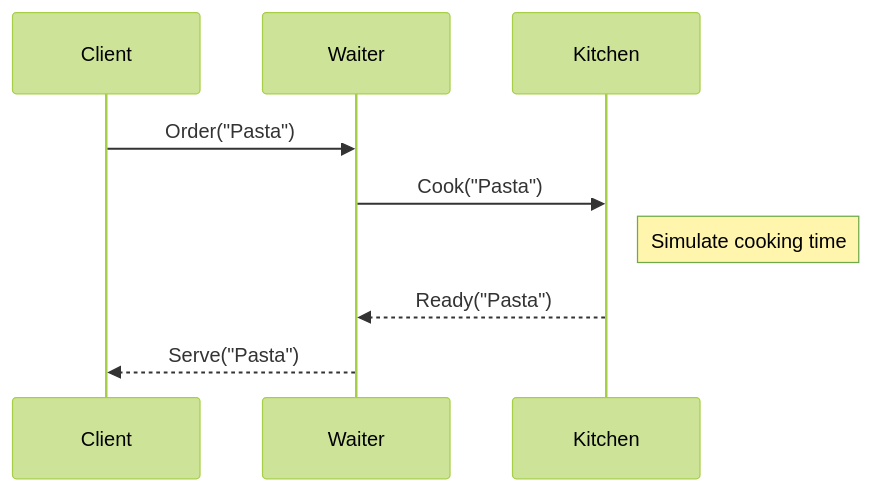
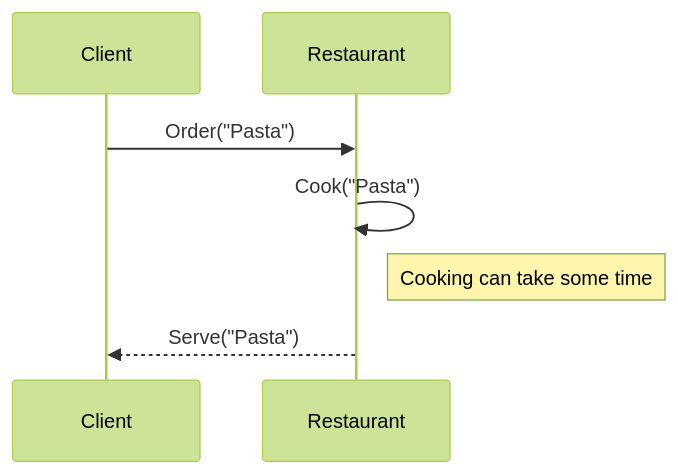
The diagram in slides/concurrency.md (polyvariant/flavors-of-scala), drawn with Mermaid (forest theme) before and after one commit. The commit also changed other lines of this file and 7 other files, not shown here.

````diff
--- a/slides/concurrency.md
+++ b/slides/concurrency.md
@@ -145,14 +145,12 @@
 ```mermaid
 
 sequenceDiagram
-    participant ClientActor as Client
-    participant WaiterActor as Waiter
-    participant KitchenActor as Kitchen
+    participant Client as Client
+    participant Restaurant as Restaurant
 
-    ClientActor->>WaiterActor: Order("Pasta")
-    WaiterActor->>KitchenActor: Cook("Pasta")
-    Note right of KitchenActor: Simulate cooking time
-    KitchenActor-->>WaiterActor: Ready("Pasta")
-    WaiterActor-->>ClientActor: Serve("Pasta")
+    Client->>Restaurant: Order("Pasta")
+    Restaurant->>Restaurant: Cook("Pasta")
+    Note right of Restaurant: Cooking can take some time
+    Restaurant-->>Client: Serve("Pasta")
 
 ```
````
